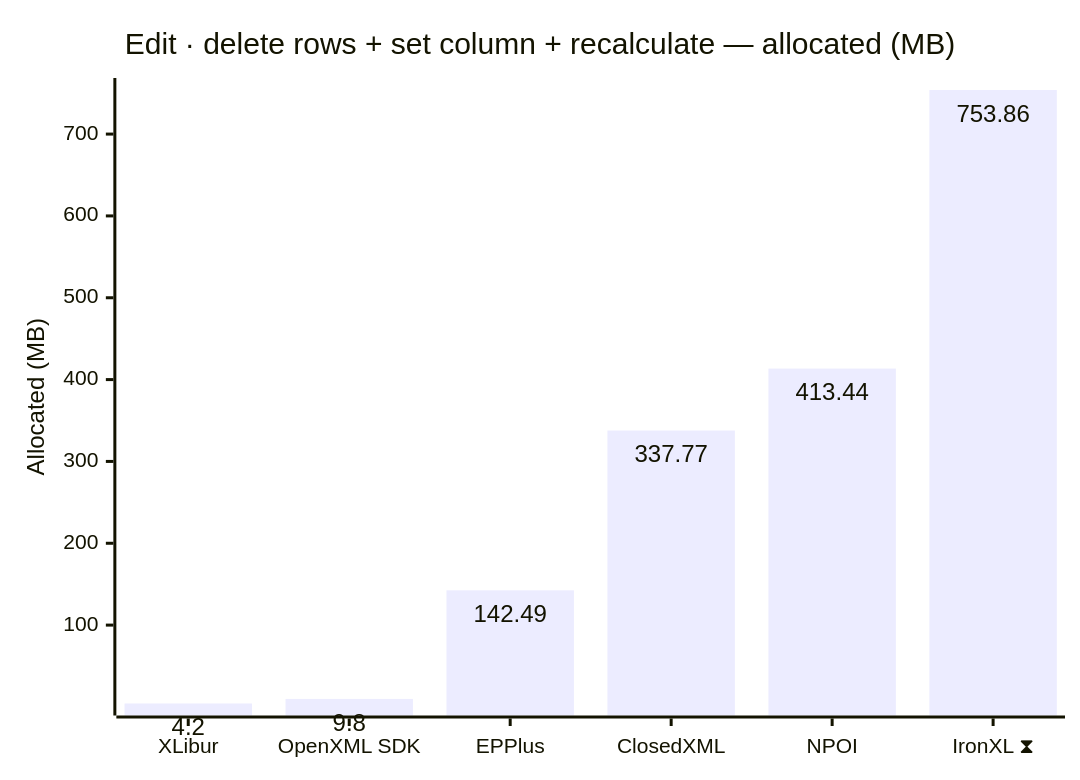
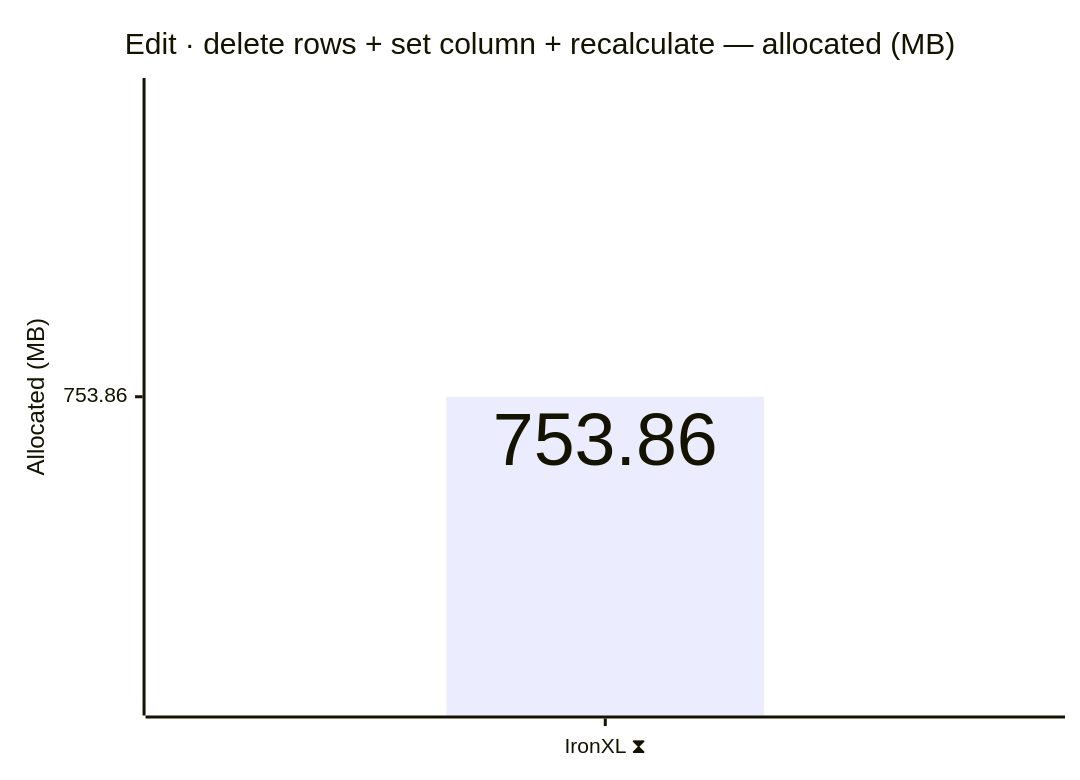
One commit to jafin/XLBench changed the tenth of 12 diagrams in docs/results.md. Above: the diagram before and after it, drawn with Mermaid. The commit also changed other lines of this file and 2 other files, not shown here.

First line of the commit message:
chore(deps): bump XLibur to 0.310.1-beta.5 and republish

````diff
--- a/docs/results.md
+++ b/docs/results.md
@@ -156,12 +156,12 @@
 ```mermaid
 ---
 config:
   xyChart:
     showDataLabel: true
 ---
 xychart-beta
     title "Edit · delete rows + set column + recalculate — allocated (MB)"
-    x-axis ["XLibur", "OpenXML SDK", "EPPlus", "ClosedXML", "NPOI", "IronXL ⧗"]
+    x-axis ["IronXL ⧗"]
     y-axis "Allocated (MB)"
-    bar [4.2, 9.8, 142.49, 337.77, 413.44, 753.86]
+    bar [753.86]
 ```
````
